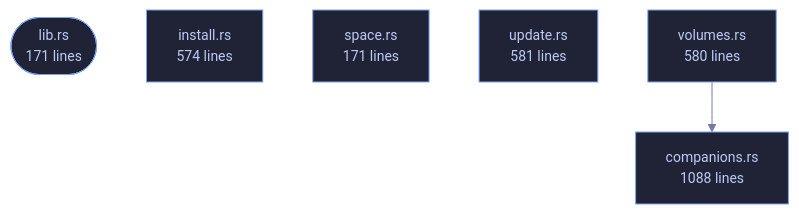
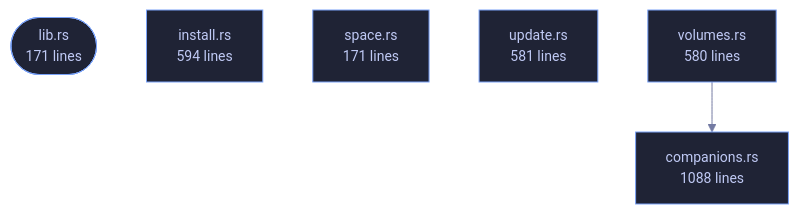
One commit to tilas01/veilvoice changed the diagram in crates/veilvoice-setup/README.md. Above: the diagram before and after it, drawn with Mermaid. The commit also changed other lines of this file and 53 other files, not shown here.

````diff
--- a/crates/veilvoice-setup/README.md
+++ b/crates/veilvoice-setup/README.md
@@ -103,17 +103,17 @@
 ```mermaid
 %%{init: {"theme":"base","themeVariables":{"background":"#1a1b26","primaryColor":"#1f2335","primaryTextColor":"#c0caf5","primaryBorderColor":"#7aa2f7","secondaryColor":"#16161e","tertiaryColor":"#16161e","lineColor":"#737aa2","textColor":"#c0caf5","mainBkg":"#1f2335","nodeBorder":"#7aa2f7","clusterBkg":"#16161e","clusterBorder":"#2f3549","fontFamily":"ui-monospace, SFMono-Regular, Consolas, monospace","fontSize":"14px"}}}%%
 flowchart TD
     n_lib(["lib.rs<br/>171 lines"])
     n_companions["companions.rs<br/>1088 lines"]
-    n_install["install.rs<br/>574 lines"]
+    n_install["install.rs<br/>594 lines"]
     n_space["space.rs<br/>171 lines"]
     n_update["update.rs<br/>581 lines"]
     n_volumes["volumes.rs<br/>580 lines"]
     n_volumes --> n_companions
     click n_lib href "https://github.com/tilas01/veilvoice/blob/main/crates/veilvoice-setup/src/lib.rs" "open the source"
     click n_companions href "https://github.com/tilas01/veilvoice/blob/main/crates/veilvoice-setup/src/companions.rs" "open the source"
     click n_install href "https://github.com/tilas01/veilvoice/blob/main/crates/veilvoice-setup/src/install.rs" "open the source"
     click n_space href "https://github.com/tilas01/veilvoice/blob/main/crates/veilvoice-setup/src/space.rs" "open the source"
     click n_update href "https://github.com/tilas01/veilvoice/blob/main/crates/veilvoice-setup/src/update.rs" "open the source"
     click n_volumes href "https://github.com/tilas01/veilvoice/blob/main/crates/veilvoice-setup/src/volumes.rs" "open the source"
 ```
````
